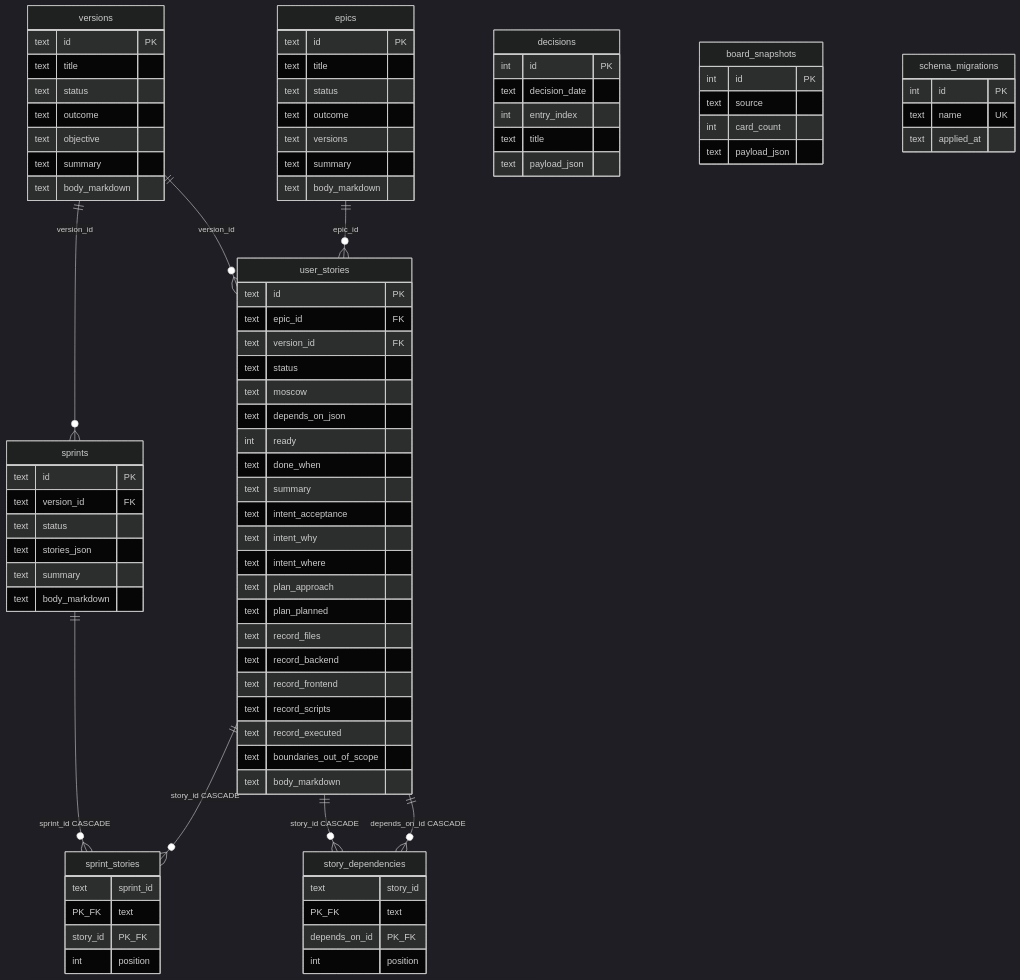
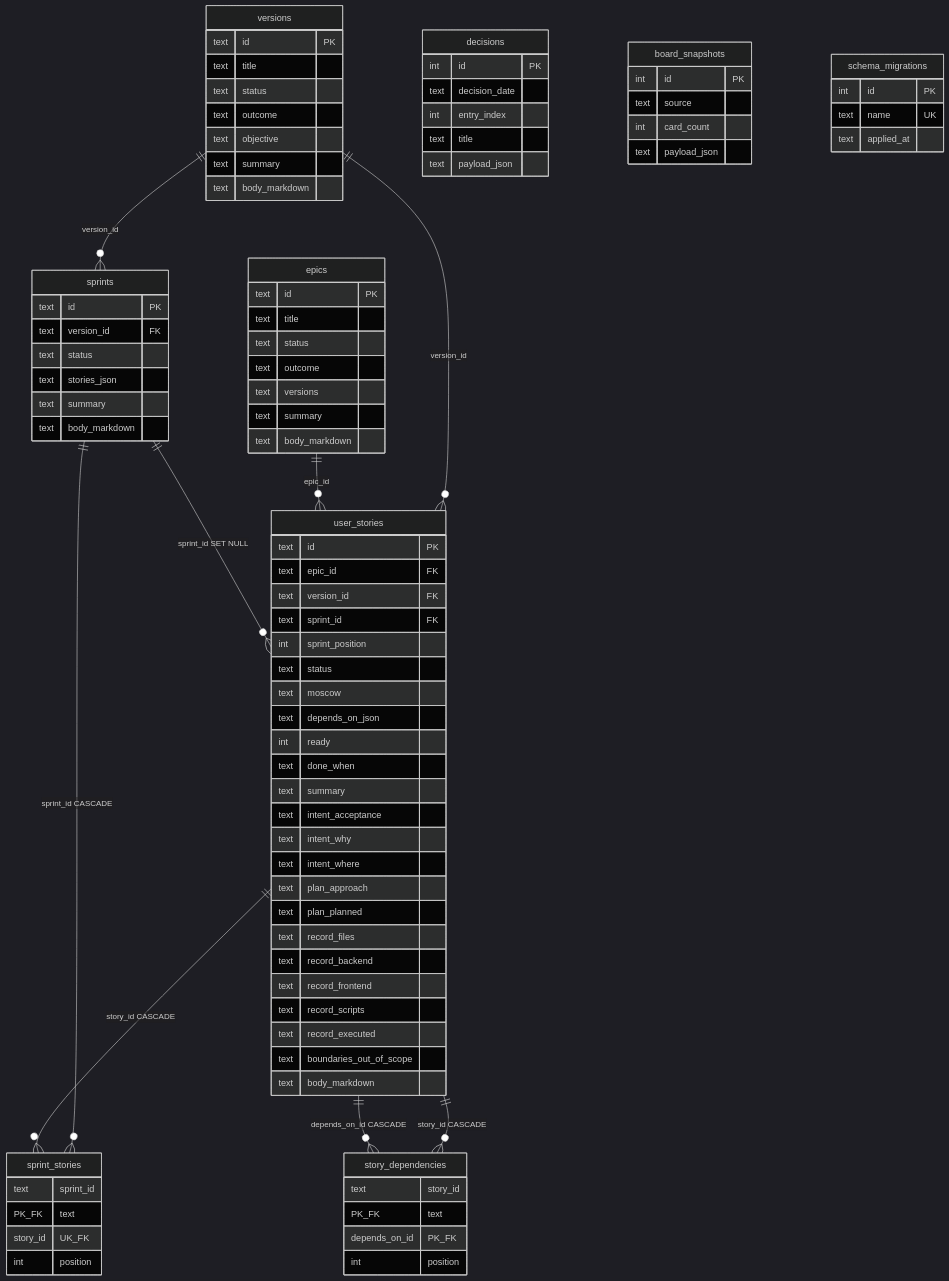
Before and after one commit to colabcolibri/meridian: the diagram in docs/06_database.md, drawn with Mermaid (dark theme). The commit also changed other lines of this file and 44 other files, not shown here.

```diff
--- a/docs/06_database.md
+++ b/docs/06_database.md
@@ -58,6 +58,7 @@
   versions ||--o{ user_stories : "version_id"
   epics ||--o{ user_stories : "epic_id"
   versions ||--o{ sprints : "version_id"
+  sprints ||--o{ user_stories : "sprint_id SET NULL"
   sprints ||--o{ sprint_stories : "sprint_id CASCADE"
   user_stories ||--o{ sprint_stories : "story_id CASCADE"
   user_stories ||--o{ story_dependencies : "story_id CASCADE"
@@ -87,6 +88,8 @@
     text id PK
     text epic_id FK
     text version_id FK
+    text sprint_id FK
+    int sprint_position
     text status
     text moscow
     text depends_on_json
@@ -118,7 +121,7 @@
 
   sprint_stories {
     text sprint_id PK_FK
-    text story_id PK_FK
+    text story_id UK_FK
     int position
   }
 
```
